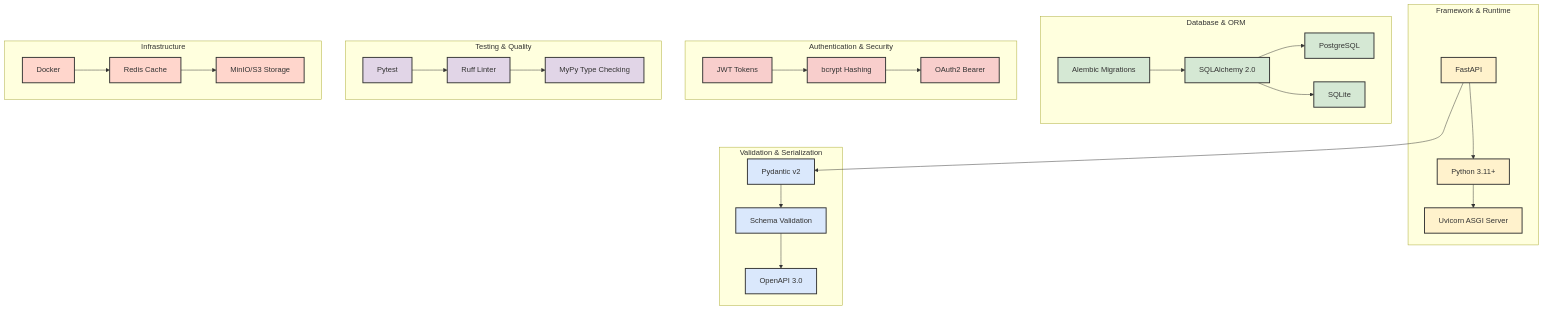
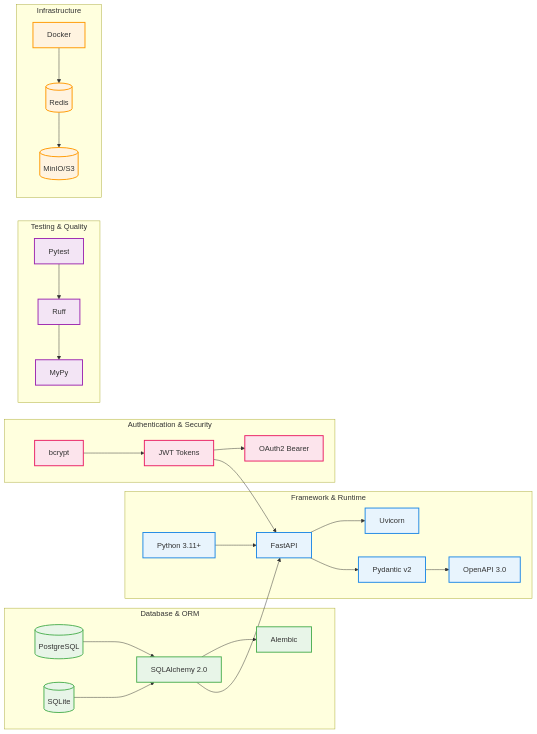
One commit to filip-herceg/ReViewPoint changed the sixth of 10 diagrams in docs/content/architecture.md. Above: the diagram before and after it, drawn with Mermaid. The commit also changed other lines of this file, not shown here.

Commit message:
graphics updated

````diff
--- a/docs/content/architecture.md
+++ b/docs/content/architecture.md
@@ -346,79 +354,46 @@
 ```mermaid
-graph TB
+graph LR
     subgraph "Framework & Runtime"
-        FASTAPI[FastAPI]
-        PYTHON[Python 3.11+]
-        UVICORN[Uvicorn ASGI Server]
+        PYTHON[Python 3.11+] --> FASTAPI[FastAPI]
+        FASTAPI --> UVICORN[Uvicorn]
+        FASTAPI --> PYDANTIC[Pydantic v2]
+        PYDANTIC --> OPENAPI[OpenAPI 3.0]
     end
     
     subgraph "Database & ORM"
-        POSTGRES[PostgreSQL]
-        SQLITE[SQLite]
-        SQLALCHEMY[SQLAlchemy 2.0]
-        ALEMBIC[Alembic Migrations]
-    end
-    
-    subgraph "Validation & Serialization"
-        PYDANTIC[Pydantic v2]
-        SCHEMAS[Schema Validation]
-        OPENAPI[OpenAPI 3.0]
+        POSTGRES[(PostgreSQL)] --> SQLALCHEMY[SQLAlchemy 2.0]
+        SQLITE[(SQLite)] --> SQLALCHEMY
+        SQLALCHEMY --> ALEMBIC[Alembic]
     end
     
     subgraph "Authentication & Security"
-        JWT[JWT Tokens]
-        BCRYPT[bcrypt Hashing]
-        OAUTH2[OAuth2 Bearer]
+        BCRYPT[bcrypt] --> JWT[JWT Tokens]
+        JWT --> OAUTH2[OAuth2 Bearer]
     end
     
     subgraph "Testing & Quality"
-        PYTEST[Pytest]
-        RUFF[Ruff Linter]
-        MYPY[MyPy Type Checking]
+        PYTEST[Pytest] --> RUFF[Ruff]
+        RUFF --> MYPY[MyPy]
     end
     
     subgraph "Infrastructure"
-        DOCKER[Docker]
-        REDIS[Redis Cache]
-        MINIO[MinIO/S3 Storage]
+        DOCKER[Docker] --> REDIS[(Redis)]
+        REDIS --> MINIO[(MinIO/S3)]
     end
-
-    %% Framework connections
-    FASTAPI --> PYTHON
-    PYTHON --> UVICORN
-    FASTAPI --> PYDANTIC
-
-    %% Database connections
-    SQLALCHEMY --> POSTGRES
-    SQLALCHEMY --> SQLITE
-    ALEMBIC --> SQLALCHEMY
-
-    %% Validation connections
-    PYDANTIC --> SCHEMAS
-    SCHEMAS --> OPENAPI
-
-    %% Security connections
-    JWT --> BCRYPT
-    BCRYPT --> OAUTH2
-
-    %% Testing connections
-    PYTEST --> RUFF
-    RUFF --> MYPY
-
-    %% Infrastructure connections
-    DOCKER --> REDIS
-    REDIS --> MINIO
-
-    classDef framework fill:#fff2cc,stroke:#333,stroke-width:2px
-    classDef database fill:#d5e8d4,stroke:#333,stroke-width:2px
-    classDef validation fill:#dae8fc,stroke:#333,stroke-width:2px
-    classDef security fill:#f8cecc,stroke:#333,stroke-width:2px
-    classDef testing fill:#e1d5e7,stroke:#333,stroke-width:2px
-    classDef infra fill:#ffd6cc,stroke:#333,stroke-width:2px
-
-    class FASTAPI,PYTHON,UVICORN framework
-    class POSTGRES,SQLITE,SQLALCHEMY,ALEMBIC database
-    class PYDANTIC,SCHEMAS,OPENAPI validation
-    class JWT,BCRYPT,OAUTH2 security
-    class PYTEST,RUFF,MYPY testing
+    
+    %% Cross-connections
+    SQLALCHEMY --> FASTAPI
+    JWT --> FASTAPI
+    
+    classDef core fill:#e8f4fd,stroke:#1e88e5,stroke-width:2px
+    classDef db fill:#e8f5e8,stroke:#4caf50,stroke-width:2px
+    classDef security fill:#fce4ec,stroke:#e91e63,stroke-width:2px
+    classDef quality fill:#f3e5f5,stroke:#9c27b0,stroke-width:2px
+    classDef infra fill:#fff3e0,stroke:#ff9800,stroke-width:2px
+    
+    class PYTHON,FASTAPI,UVICORN,PYDANTIC,OPENAPI core
+    class POSTGRES,SQLITE,SQLALCHEMY,ALEMBIC db
+    class BCRYPT,JWT,OAUTH2 security
+    class PYTEST,RUFF,MYPY quality
     class DOCKER,REDIS,MINIO infra
 ```
````
